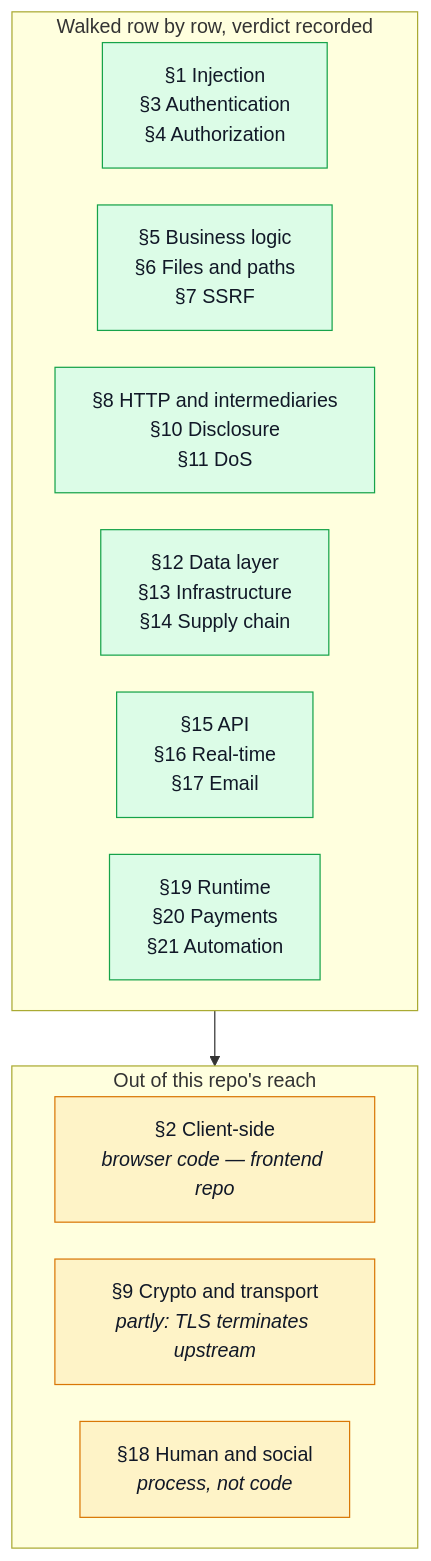
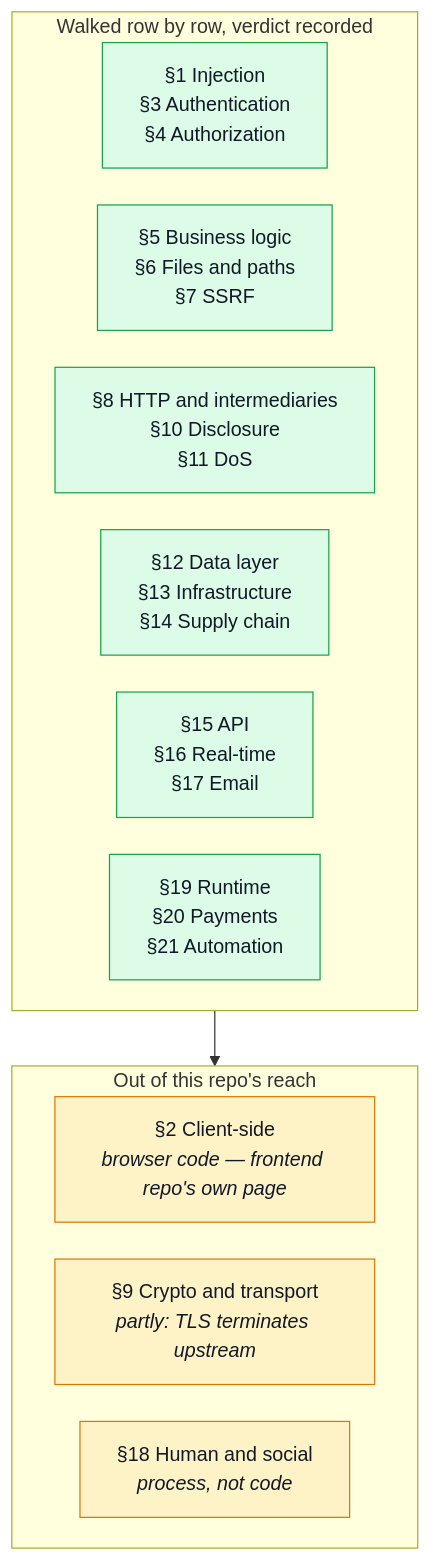
The first of 2 diagrams in docs/theory/web-attack-defences.md (Guebbit/boilerplate-node-backend), drawn with Mermaid before and after one commit. The commit also changed other lines of this file and 1 other file, not shown here.

First line of the commit message:
docs(security): mark the frontend's page done, cross-reference shared rows

````diff
--- a/docs/theory/web-attack-defences.md
+++ b/docs/theory/web-attack-defences.md
@@ -18,25 +22,25 @@
 ```mermaid
 %%{init: {'flowchart': {'nodeSpacing': 30, 'rankSpacing': 45}}}%%
 flowchart TB
     subgraph W["Walked row by row, verdict recorded"]
         direction LR
         W1["§1 Injection<br/>§3 Authentication<br/>§4 Authorization"]
         W2["§5 Business logic<br/>§6 Files and paths<br/>§7 SSRF"]
         W3["§8 HTTP and intermediaries<br/>§10 Disclosure<br/>§11 DoS"]
         W4["§12 Data layer<br/>§13 Infrastructure<br/>§14 Supply chain"]
         W5["§15 API<br/>§16 Real-time<br/>§17 Email"]
         W6["§19 Runtime<br/>§20 Payments<br/>§21 Automation"]
     end
     subgraph N["Out of this repo's reach"]
         direction LR
-        N1["§2 Client-side<br/><i>browser code — frontend repo</i>"]
+        N1["§2 Client-side<br/><i>browser code — frontend repo's own page</i>"]
         N2["§9 Crypto and transport<br/><i>partly: TLS terminates upstream</i>"]
         N3["§18 Human and social<br/><i>process, not code</i>"]
     end
     W --> N
 
     classDef done fill:#dcfce7,stroke:#16a34a,color:#111827;
     classDef out fill:#fef3c7,stroke:#d97706,color:#111827;
     class W1,W2,W3,W4,W5,W6 done;
     class N1,N2,N3 out;
 ```
````
